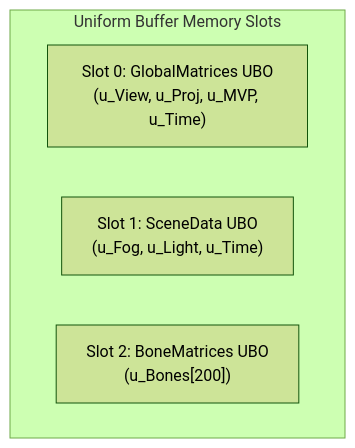
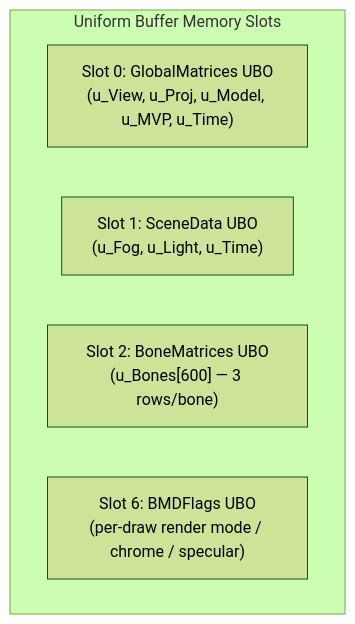
Before and after one commit to sven-n/MuMain: the second of 4 diagrams in docs/GPU Skinning/gpu-skinning-architecture.md, drawn with Mermaid (forest theme). The commit also changed other lines of this file, not shown here.

First line of the commit message:
docs(render): correct gpu-skinning-architecture against GLP-11 and the real shader

````diff
--- a/docs/GPU Skinning/gpu-skinning-architecture.md
+++ b/docs/GPU Skinning/gpu-skinning-architecture.md
@@ -29,8 +38,9 @@
 ```mermaid
 graph TD
     subgraph UBO["Uniform Buffer Memory Slots"]
-        UBO0["Slot 0: GlobalMatrices UBO<br>(u_View, u_Proj, u_MVP, u_Time)"]
+        UBO0["Slot 0: GlobalMatrices UBO<br>(u_View, u_Proj, u_Model, u_MVP, u_Time)"]
         UBO1["Slot 1: SceneData UBO<br>(u_Fog, u_Light, u_Time)"]
-        UBO2["Slot 2: BoneMatrices UBO<br>(u_Bones[200])"]
+        UBO2["Slot 2: BoneMatrices UBO<br>(u_Bones[600] — 3 rows/bone)"]
+        UBO6["Slot 6: BMDFlags UBO<br>(per-draw render mode / chrome / specular)"]
     end
 ```
````
